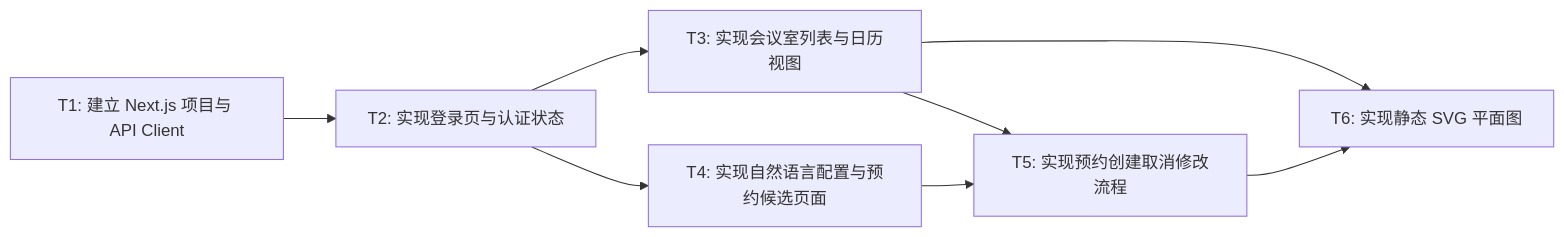
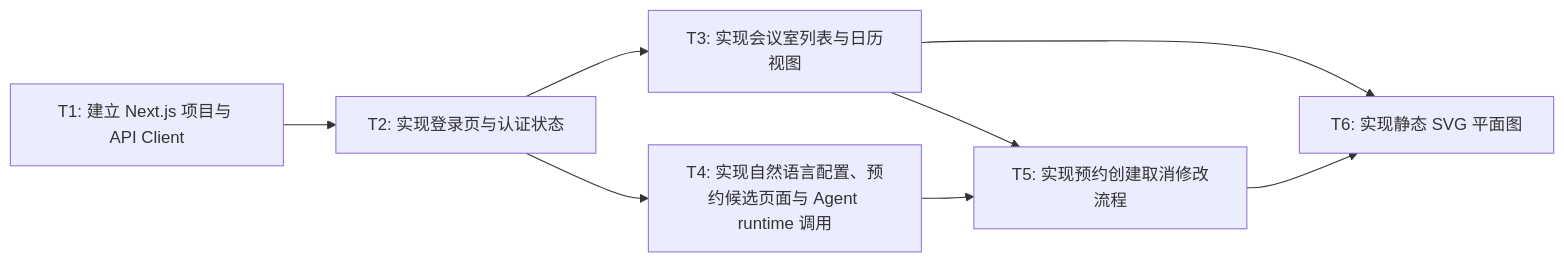
The third of 3 diagrams in docs/rfcs/0003-nextjs-frontend-interaction.md (WN921/north-hackathon-team-8-meeting), drawn with Mermaid before and after one commit. The commit also changed other lines of this file and 3 other files, not shown here.

````diff
--- a/docs/rfcs/0003-nextjs-frontend-interaction.md
+++ b/docs/rfcs/0003-nextjs-frontend-interaction.md
@@ -544,10 +611,10 @@
 ```mermaid
 graph LR
     T1[T1: 建立 Next.js 项目与 API Client] --> T2[T2: 实现登录页与认证状态]
     T2 --> T3[T3: 实现会议室列表与日历视图]
-    T2 --> T4[T4: 实现自然语言配置与预约候选页面]
+    T2 --> T4[T4: 实现自然语言配置、预约候选页面与 Agent runtime 调用]
     T3 --> T5[T5: 实现预约创建取消修改流程]
     T4 --> T5
     T3 --> T6[T6: 实现静态 SVG 平面图]
     T5 --> T6
 ```
````
